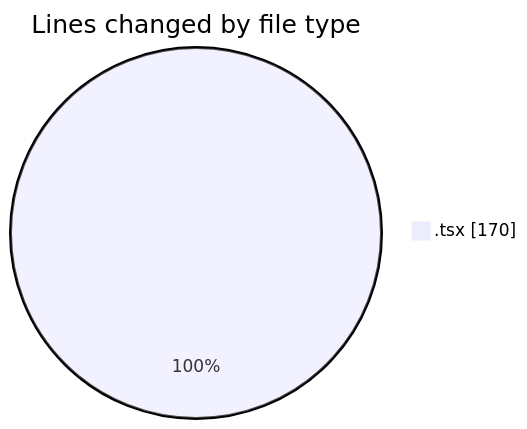
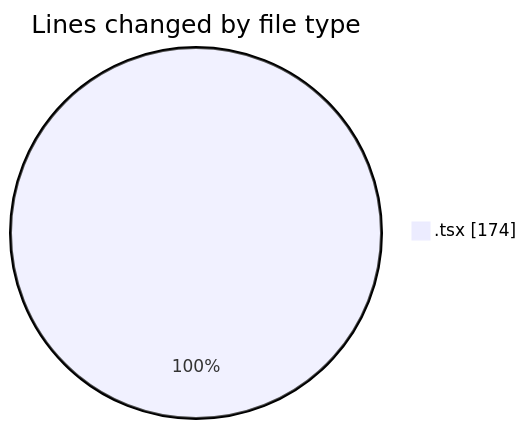
The first of 2 diagrams in 2025-03-10/mbc-web/README.md (robertbonfada/code-tracking), drawn with Mermaid before and after one commit. The commit also changed other lines of this file and 1 other file, not shown here.

````diff
--- a/2025-03-10/mbc-web/README.md
+++ b/2025-03-10/mbc-web/README.md
@@ -27,5 +27,5 @@
 ```mermaid
 pie showData
 title Lines changed by file type
-".tsx" : 170
+".tsx" : 174
 ```
````
